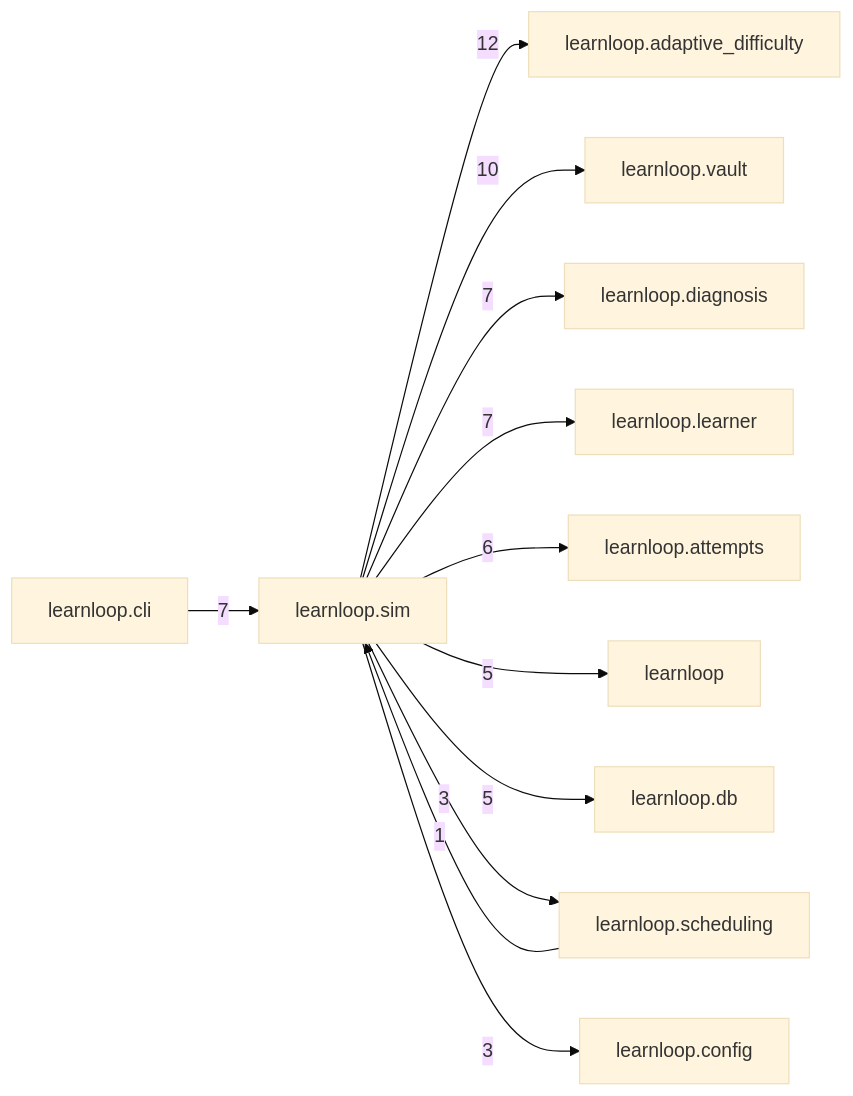
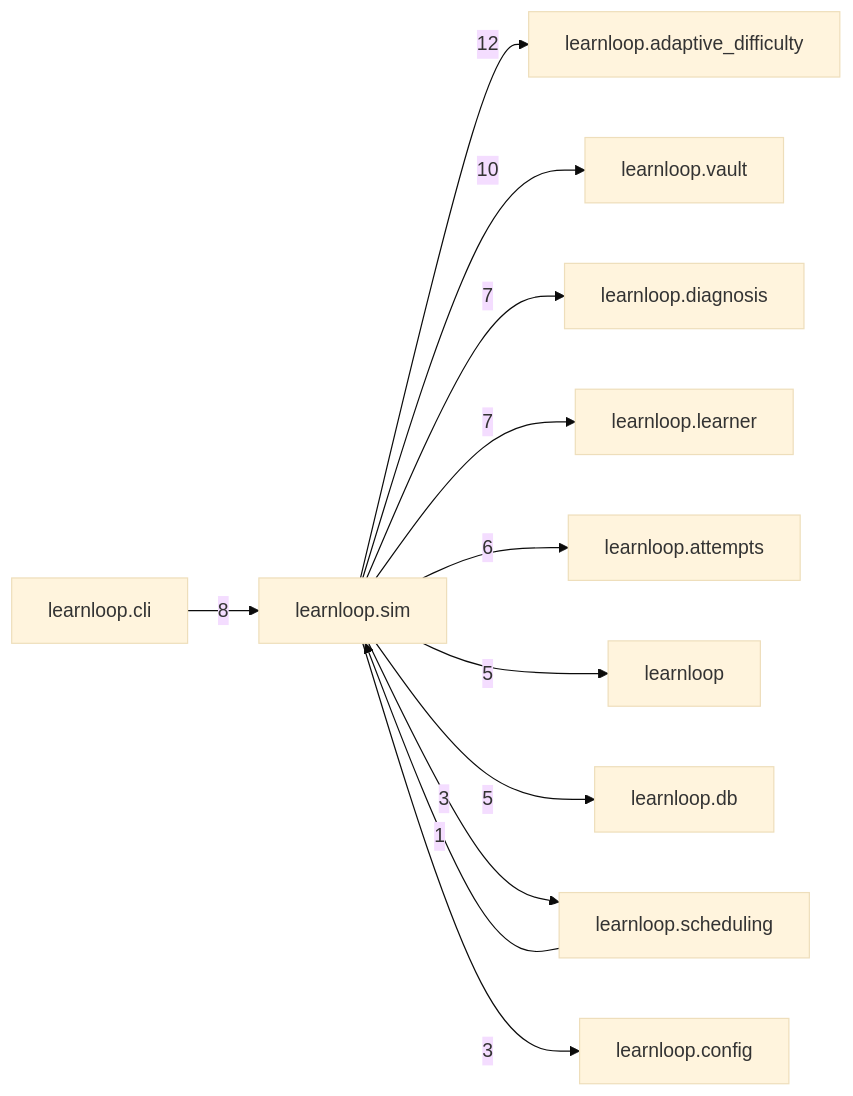
One commit to 6up-b/learnanything changed the diagram in docs/learnloop-architecture-vault/Reference/Modules/learnloop/sim/_package.md. Above: the diagram before and after it, drawn with Mermaid (base theme). The commit also changed other lines of this file and 136 other files, not shown here.

````diff
--- a/docs/learnloop-architecture-vault/Reference/Modules/learnloop/sim/_package.md
+++ b/docs/learnloop-architecture-vault/Reference/Modules/learnloop/sim/_package.md
@@ -99,25 +101,25 @@
 ```mermaid
 flowchart LR
     center["learnloop.sim"]
     n_learnloop_adaptive_difficulty["learnloop.adaptive_difficulty"]
     n_learnloop_vault["learnloop.vault"]
     n_learnloop_cli["learnloop.cli"]
     n_learnloop_diagnosis["learnloop.diagnosis"]
     n_learnloop_learner["learnloop.learner"]
     n_learnloop_attempts["learnloop.attempts"]
     n_learnloop["learnloop"]
     n_learnloop_db["learnloop.db"]
     n_learnloop_scheduling["learnloop.scheduling"]
     n_learnloop_config["learnloop.config"]
     center -->|12| n_learnloop_adaptive_difficulty
     center -->|10| n_learnloop_vault
-    n_learnloop_cli -->|7| center
+    n_learnloop_cli -->|8| center
     center -->|7| n_learnloop_diagnosis
     center -->|7| n_learnloop_learner
     center -->|6| n_learnloop_attempts
     center -->|5| n_learnloop
     center -->|5| n_learnloop_db
     n_learnloop_scheduling -->|1| center
     center -->|3| n_learnloop_scheduling
     center -->|3| n_learnloop_config
 ```
````
